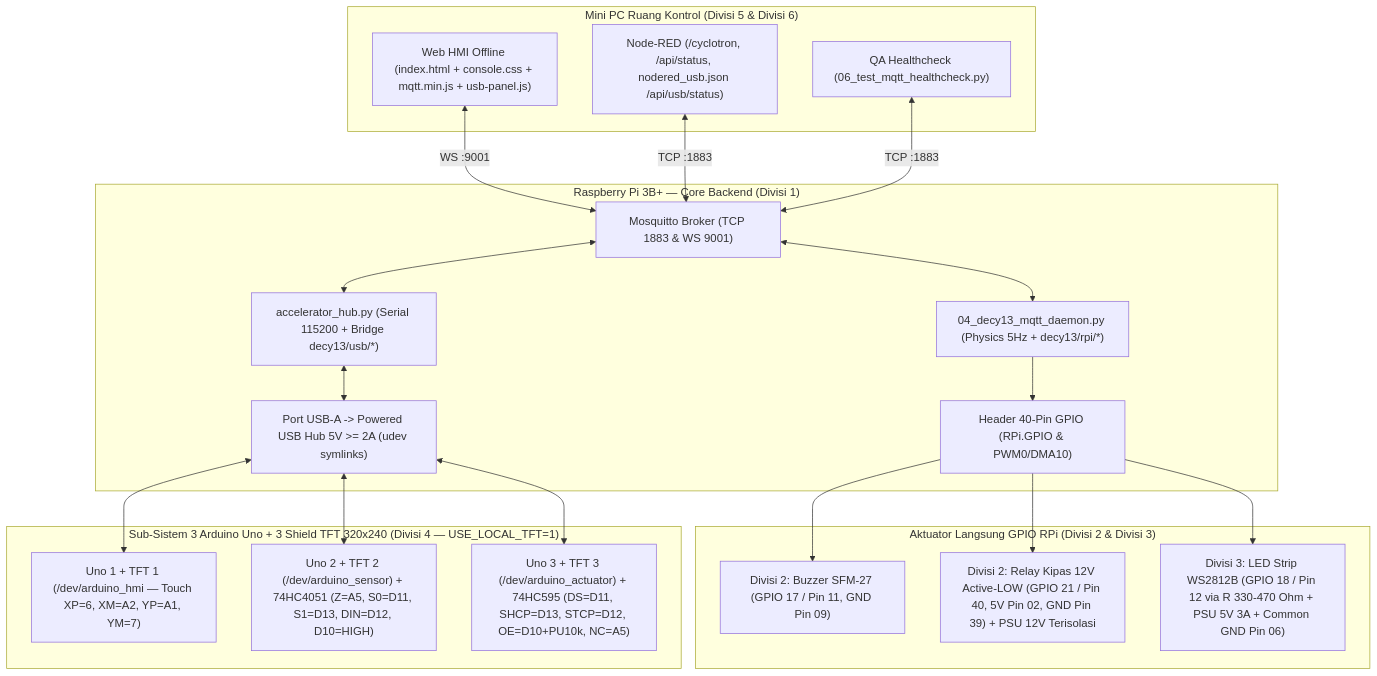
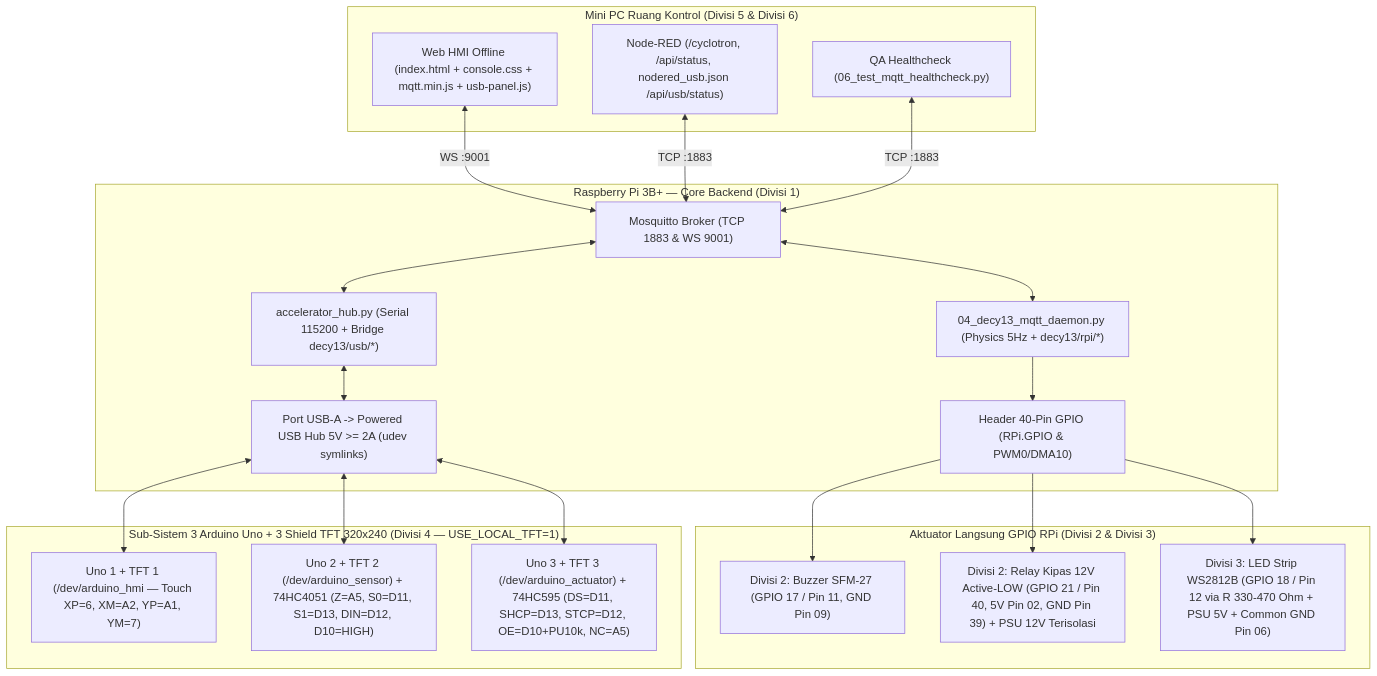
One commit to azfaaksan-hub/sp-aksel-polteknuklir changed the diagram in README.md. Above: the diagram before and after it, drawn with Mermaid. The commit also changed other lines of this file and 2 other files, not shown here.

````diff
--- a/README.md
+++ b/README.md
@@ -136,42 +143,42 @@
 ```mermaid
 flowchart TB
     subgraph MINIPC["Mini PC Ruang Kontrol (Divisi 5 & Divisi 6)"]
         HMI["Web HMI Offline (index.html + console.css + mqtt.min.js + usb-panel.js)"]
         NR["Node-RED (/cyclotron, /api/status, nodered_usb.json /api/usb/status)"]
         QA["QA Healthcheck (06_test_mqtt_healthcheck.py)"]
     end
 
     subgraph RPI["Raspberry Pi 3B+ — Core Backend (Divisi 1)"]
         MOSQ["Mosquitto Broker (TCP 1883 & WS 9001)"]
         DAEMON["04_decy13_mqtt_daemon.py (Physics 5Hz + decy13/rpi/*)"]
         USBHUB["accelerator_hub.py (Serial 115200 + Bridge decy13/usb/*)"]
         GPIO_BUS["Header 40-Pin GPIO (RPi.GPIO & PWM0/DMA10)"]
         USB_PORT["Port USB-A -> Powered USB Hub 5V >= 2A (udev symlinks)"]
     end
 
     subgraph HW_GPIO["Aktuator Langsung GPIO RPi (Divisi 2 & Divisi 3)"]
         BUZZ["Divisi 2: Buzzer SFM-27 (GPIO 17 / Pin 11, GND Pin 09)"]
         RELAY["Divisi 2: Relay Kipas 12V Active-LOW (GPIO 21 / Pin 40, 5V Pin 02, GND Pin 39) + PSU 12V Terisolasi"]
-        LED["Divisi 3: LED Strip WS2812B (GPIO 18 / Pin 12 via R 330-470 Ohm + PSU 5V 3A + Common GND Pin 06)"]
+        LED["Divisi 3: LED Strip WS2812B (GPIO 18 / Pin 12 via R 330-470 Ohm + PSU 5V + Common GND Pin 06)"]
     end
 
     subgraph HW_UNO["Sub-Sistem 3 Arduino Uno + 3 Shield TFT 320x240 (Divisi 4 — USE_LOCAL_TFT=1)"]
         UNO1["Uno 1 + TFT 1 (/dev/arduino_hmi — Touch XP=6, XM=A2, YP=A1, YM=7)"]
         UNO2["Uno 2 + TFT 2 (/dev/arduino_sensor) + 74HC4051 (Z=A5, S0=D11, S1=D13, DIN=D12, D10=HIGH)"]
         UNO3["Uno 3 + TFT 3 (/dev/arduino_actuator) + 74HC595 (DS=D11, SHCP=D13, STCP=D12, OE=D10+PU10k, NC=A5)"]
     end
 
     HMI <-->|"WS :9001"| MOSQ
     NR <-->|"TCP :1883"| MOSQ
     QA <-->|"TCP :1883"| MOSQ
     MOSQ <--> DAEMON
     MOSQ <--> USBHUB
     DAEMON --> GPIO_BUS
     GPIO_BUS --> BUZZ
     GPIO_BUS --> RELAY
     GPIO_BUS --> LED
     USBHUB <--> USB_PORT
     USB_PORT <--> UNO1
     USB_PORT <--> UNO2
     USB_PORT <--> UNO3
 ```
````
